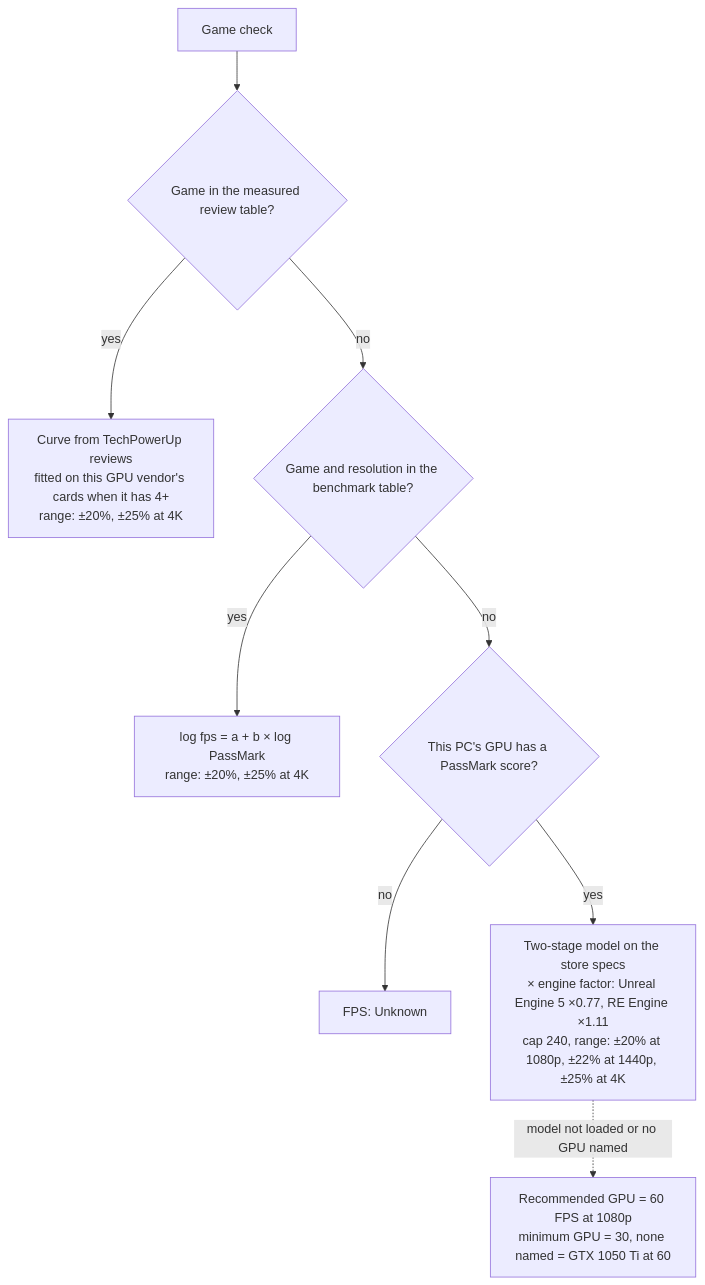
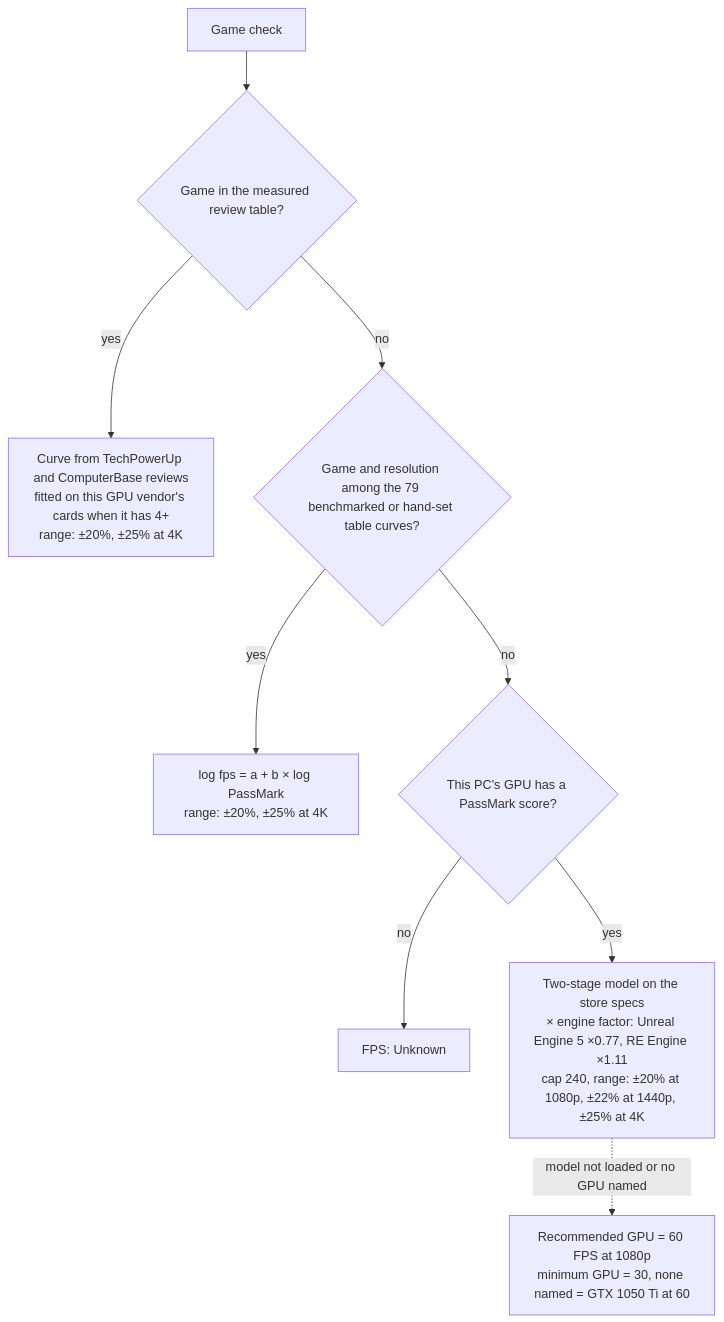
One commit to leksval/canrun changed the second of 2 diagrams in README.md. Above: the diagram before and after it, drawn with Mermaid. The commit also changed other lines of this file and 13 other files, not shown here.

````diff
--- a/README.md
+++ b/README.md
@@ -748,11 +806,11 @@
 ```mermaid
 flowchart TD
     start["Game check"] --> measured{"Game in the measured review table?"}
-    measured -->|yes| m["Curve from TechPowerUp reviews<br/>fitted on this GPU vendor's cards when it has 4+<br/>range: ±20%, ±25% at 4K"]
-    measured -->|no| curve{"Game and resolution in the benchmark table?"}
+    measured -->|yes| m["Curve from TechPowerUp and ComputerBase reviews<br/>fitted on this GPU vendor's cards when it has 4+<br/>range: ±20%, ±25% at 4K"]
+    measured -->|no| curve{"Game and resolution among the 79 benchmarked or hand-set table curves?"}
     curve -->|yes| c["log fps = a + b × log PassMark<br/>range: ±20%, ±25% at 4K"]
     curve -->|no| known{"This PC's GPU has a PassMark score?"}
     known -->|no| unknown["FPS: Unknown"]
     known -->|yes| model["Two-stage model on the store specs<br/>× engine factor: Unreal Engine 5 ×0.77, RE Engine ×1.11<br/>cap 240, range: ±20% at 1080p, ±22% at 1440p, ±25% at 4K"]
     model -.->|model not loaded or no GPU named| rule["Recommended GPU = 60 FPS at 1080p<br/>minimum GPU = 30, none named = GTX 1050 Ti at 60"]
 ```
````
